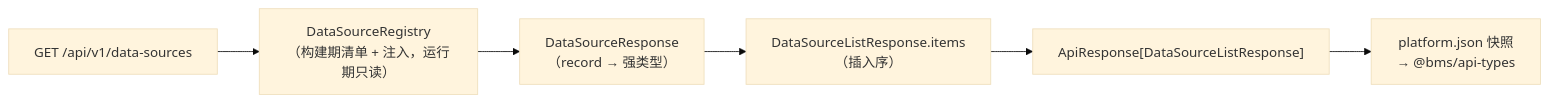
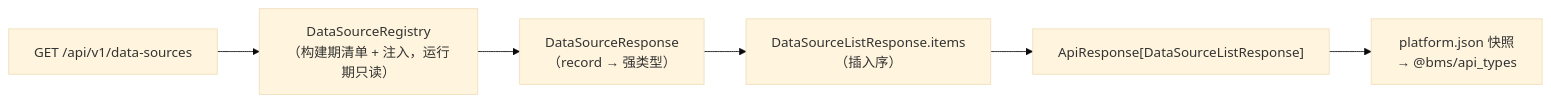
The diagram in bms文档/项目/01_项目骨架/任务/02_后端基座/02_后端基座_12_数据源注册与通用接口契约/设计/12_详细设计_01_数据源注册与通用接口契约.md (minjian123/basic-management-system), drawn with Mermaid (base theme) before and after one commit. The commit also changed other lines of this file and 919 other files, not shown here.

````diff
--- a/bms文档/项目/01_项目骨架/任务/02_后端基座/02_后端基座_12_数据源注册与通用接口契约/设计/12_详细设计_01_数据源注册与通用接口契约.md
+++ b/bms文档/项目/01_项目骨架/任务/02_后端基座/02_后端基座_12_数据源注册与通用接口契约/设计/12_详细设计_01_数据源注册与通用接口契约.md
@@ -113,8 +113,8 @@
 ```mermaid
 flowchart LR
     DS["GET /api/v1/data-sources"] --> REG["DataSourceRegistry<br/>（构建期清单 + 注入，运行期只读）"]
     REG --> R1["DataSourceResponse<br/>（record → 强类型）"]
     R1 --> L1["DataSourceListResponse.items<br/>（插入序）"]
     L1 --> AP["ApiResponse[DataSourceListResponse]"]
-    AP --> CT["platform.json 快照<br/>→ @bms/api-types"]
+    AP --> CT["platform.json 快照<br/>→ @bms/api_types"]
 ```
````
